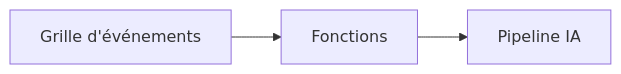
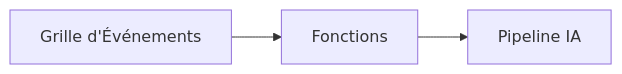
One commit to microsoft/AZD-for-beginners changed the second of 2 diagrams in translations/fr/docs/chapter-08-production/README.md. Above: the diagram before and after it, drawn with Mermaid. The commit also changed other lines of this file and 99 other files, not shown here.

````diff
--- a/translations/fr/docs/chapter-08-production/README.md
+++ b/translations/fr/docs/chapter-08-production/README.md
@@ -54,4 +56,4 @@
 ```mermaid
 graph LR
-    EventGrid[Grille d'événements] --> Functions[Fonctions] --> Pipeline[Pipeline IA]
+    EventGrid[Grille d'Événements] --> Functions[Fonctions] --> Pipeline[Pipeline IA]
 ```
````
